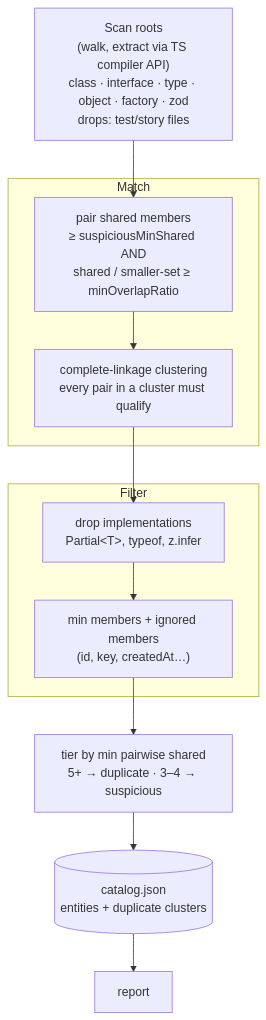
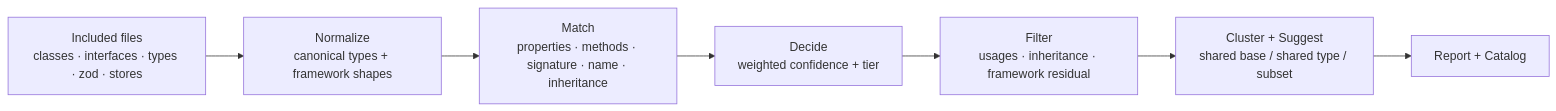
Before and after one commit to DrBoria/entities-uniqueness: the diagram in README.md, drawn with Mermaid. The commit also changed other lines of this file and 100 other files, not shown here.

Commit message:
0.1.1: updated architecture added tests

````diff
--- a/README.md
+++ b/README.md
@@ -7,19 +7,9 @@
 ```mermaid
-flowchart TD
-    A["Scan roots<br/>(walk, extract via TS compiler API)<br/>class · interface · type · object · factory · zod<br/>drops: test/story files"] --> M1
-
-    subgraph match["Match"]
-        M1["pair shared members<br/>≥ suspiciousMinShared AND<br/>shared / smaller-set ≥ minOverlapRatio"]
-        M1 --> M2["complete-linkage clustering<br/>every pair in a cluster must qualify"]
-    end
-
-    subgraph filter["Filter"]
-        F1["drop implementations<br/>Partial&lt;T&gt;, typeof, z.infer"]
-        F1 --> F2["min members + ignored members<br/>(id, key, createdAt…)"]
-    end
-
-    M2 --> F1
-    F2 --> T["tier by min pairwise shared<br/>5+ → duplicate · 3–4 → suspicious"]
-    T --> C[("catalog.json<br/>entities + duplicate clusters")]
-    C --> R["report"]
+flowchart LR
+    A["Included files<br/>classes · interfaces · types · zod · stores"] --> N["Normalize<br/>canonical types + framework shapes"]
+    N --> M["Match<br/>properties · methods · signature · name · inheritance"]
+    M --> D["Decide<br/>weighted confidence + tier"]
+    D --> F["Filter<br/>usages · inheritance · framework residual"]
+    F --> C["Cluster + Suggest<br/>shared base / shared type / subset"]
+    C --> R["Report + Catalog"]
 ```
````
